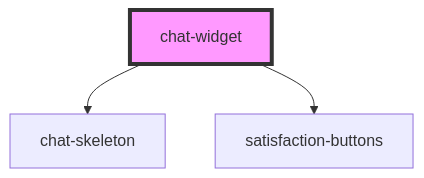
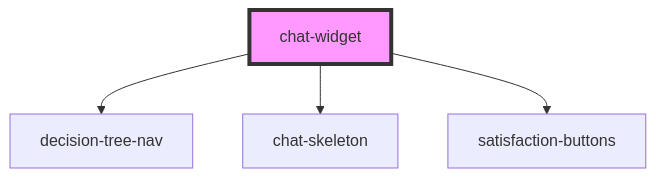
The diagram in src/components/chat-widget/readme.md (Lynxgsm/fastt-web-components), drawn with Mermaid before and after one commit. The commit also changed other lines of this file and 15 other files, not shown here.

First line of the commit message:
feat(decision-tree): guided navigation, context banners, typed stream parser

````diff
--- a/src/components/chat-widget/readme.md
+++ b/src/components/chat-widget/readme.md
@@ -23,6 +24,7 @@
 ```mermaid
 graph TD;
+  chat-widget --> decision-tree-nav
   chat-widget --> chat-skeleton
   chat-widget --> satisfaction-buttons
   style chat-widget fill:#f9f,stroke:#333,stroke-width:4px
 ```
````
